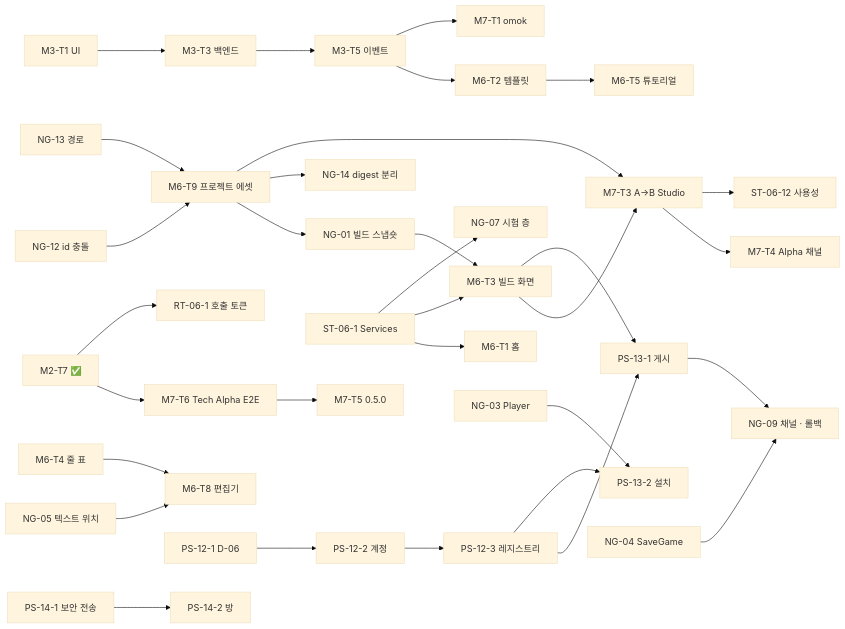
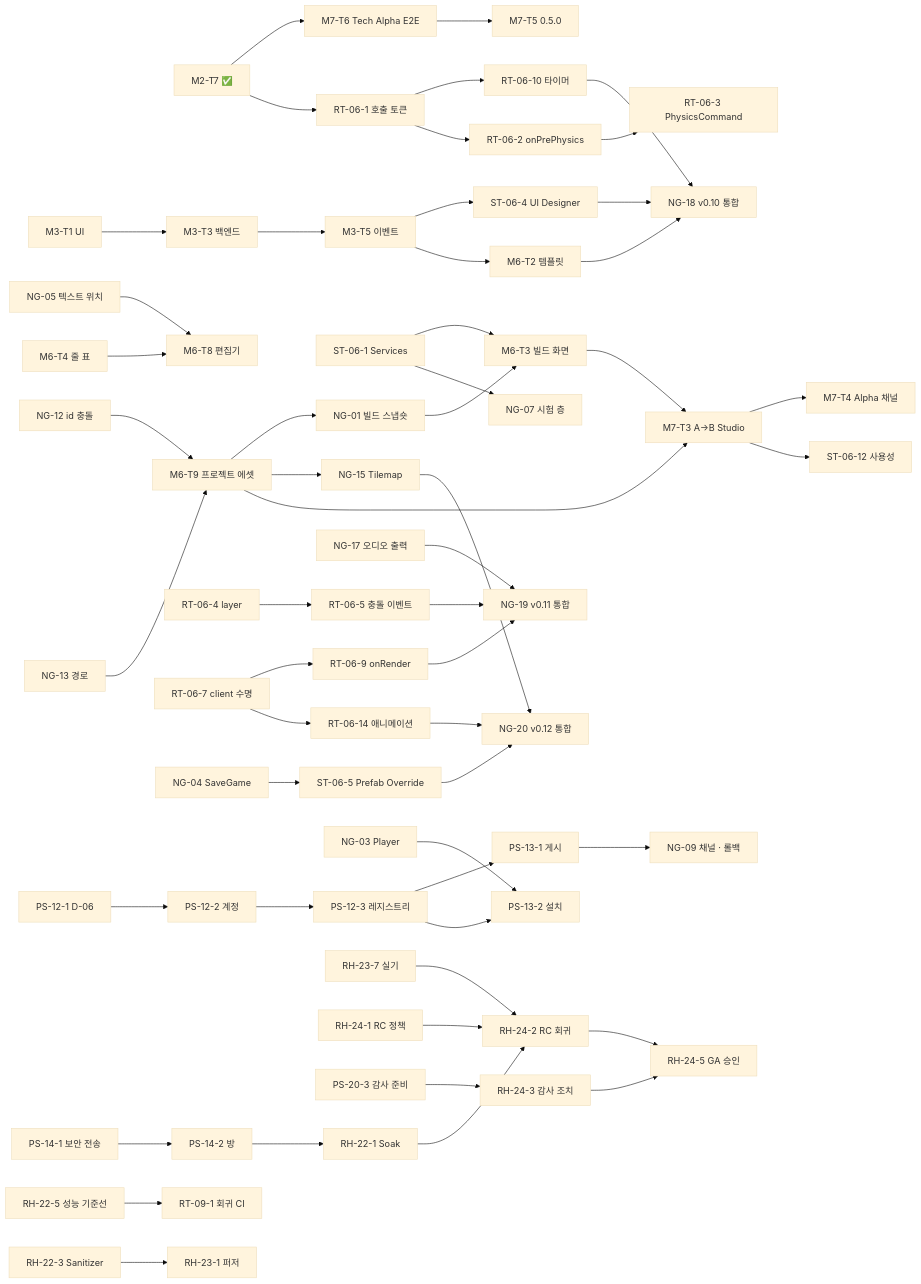
The diagram in docs/roadmap/README.md (blackvrice/Sandbox), drawn with Mermaid (base theme) before and after one commit. The commit also changed other lines of this file and 35 other files, not shown here.

````diff
--- a/docs/roadmap/README.md
+++ b/docs/roadmap/README.md
@@ -53,27 +59,36 @@
 ```mermaid
 graph LR
   M2T7[M2-T7 ✅] --> M7T6[M7-T6 Tech Alpha E2E] --> M7T5[M7-T5 0.5.0]
   NG12[NG-12 id 충돌] --> M6T9[M6-T9 프로젝트 에셋]
   NG13[NG-13 경로] --> M6T9
   M6T9 --> NG01[NG-01 빌드 스냅숏] --> M6T3[M6-T3 빌드 화면]
-  M6T9 --> NG14[NG-14 digest 분리]
   M3T1[M3-T1 UI] --> M3T3[M3-T3 백엔드] --> M3T5[M3-T5 이벤트]
-  ST061[ST-06-1 Services] --> M6T1[M6-T1 홈]
-  ST061 --> M6T3
+  ST061[ST-06-1 Services] --> M6T3
   ST061 --> NG07[NG-07 시험 층]
   NG05[NG-05 텍스트 위치] --> M6T8[M6-T8 편집기]
   M6T4[M6-T4 줄 표] --> M6T8
-  M3T5 --> M6T2[M6-T2 템플릿] --> M6T5[M6-T5 튜토리얼]
-  M3T5 --> M7T1[M7-T1 omok]
+  M3T5 --> ST064[ST-06-4 UI Designer] --> NG18[NG-18 v0.10 통합]
+  M3T5 --> M6T2[M6-T2 템플릿] --> NG18
+  M2T7 --> RT061[RT-06-1 호출 토큰] --> RT0610[RT-06-10 타이머] --> NG18
+  RT061 --> RT062[RT-06-2 onPrePhysics] --> RT063[RT-06-3 PhysicsCommand]
+  RT064[RT-06-4 layer] --> RT065[RT-06-5 충돌 이벤트] --> NG19[NG-19 v0.11 통합]
+  RT067[RT-06-7 client 수명] --> RT069[RT-06-9 onRender] --> NG19
+  NG17[NG-17 오디오 출력] --> NG19
+  NG04[NG-04 SaveGame] --> ST065[ST-06-5 Prefab Override] --> NG20[NG-20 v0.12 통합]
+  M6T9 --> NG15[NG-15 Tilemap] --> NG20
+  RT067 --> RT0614[RT-06-14 애니메이션] --> NG20
   M6T3 --> M7T3[M7-T3 A→B Studio]
-  M6T9 --> M7T3 --> M7T4[M7-T4 Alpha 채널] 
+  M6T9 --> M7T3 --> M7T4[M7-T4 Alpha 채널]
   M7T3 --> ST0612[ST-06-12 사용성]
-  M2T7 --> RT061[RT-06-1 호출 토큰]
   PS121[PS-12-1 D-06] --> PS122[PS-12-2 계정] --> PS123[PS-12-3 레지스트리] --> PS131[PS-13-1 게시]
-  M6T3 --> PS131
   NG03[NG-03 Player] --> PS132[PS-13-2 설치]
   PS123 --> PS132
-  NG04[NG-04 SaveGame] --> NG09[NG-09 채널 · 롤백]
-  PS131 --> NG09
-  PS141[PS-14-1 보안 전송] --> PS142[PS-14-2 방]
+  PS131 --> NG09[NG-09 채널 · 롤백]
+  PS141[PS-14-1 보안 전송] --> PS142[PS-14-2 방] --> RH221[RH-22-1 Soak]
+  RH225[RH-22-5 성능 기준선] --> RT091[RT-09-1 회귀 CI]
+  RH223[RH-22-3 Sanitizer] --> RH231[RH-23-1 퍼저]
+  RH221 --> RH242[RH-24-2 RC 회귀]
+  RH237[RH-23-7 실기] --> RH242
+  RH241[RH-24-1 RC 정책] --> RH242 --> RH245[RH-24-5 GA 승인]
+  PS203[PS-20-3 감사 준비] --> RH243[RH-24-3 감사 조치] --> RH245
 ```
````
